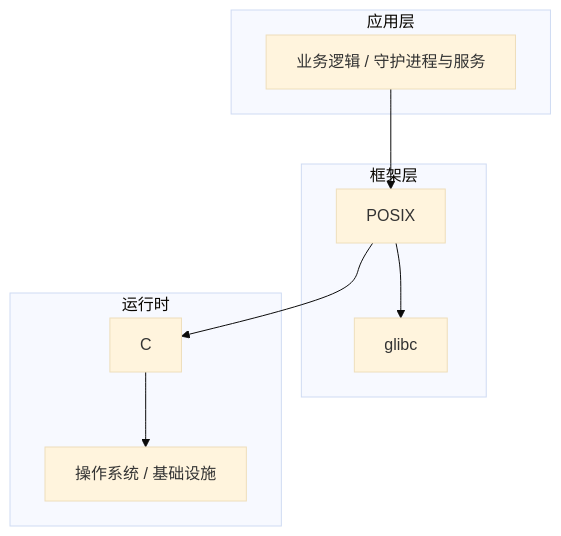
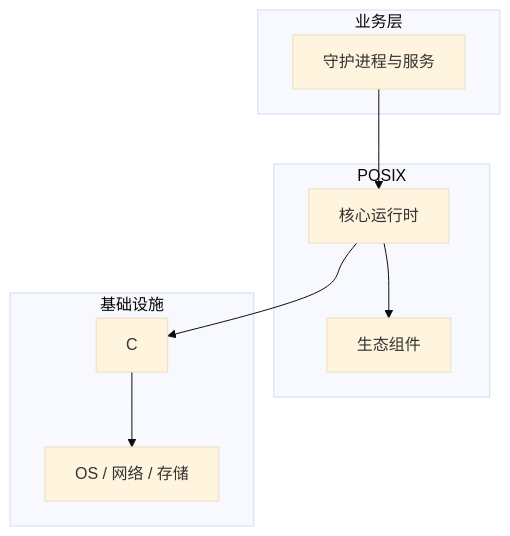
Before and after one commit to yanggan2015/knowledge-json-v2: the diagram in articles/Linux系统编程/chapters/109-守护进程与服务核心概念与原理.md, drawn with Mermaid (base theme). The commit also changed other lines of this file and 10127 other files, not shown here.

````diff
--- a/articles/Linux系统编程/chapters/109-守护进程与服务核心概念与原理.md
+++ b/articles/Linux系统编程/chapters/109-守护进程与服务核心概念与原理.md
@@ -45,18 +34,18 @@
 ```mermaid
 graph TB
-    subgraph 应用层
-        A[业务逻辑 / 守护进程与服务]
+    subgraph 业务层
+        A[守护进程与服务]
     end
-    subgraph 框架层
-        B[POSIX]
-        C[glibc]
+    subgraph POSIX
+        B[核心运行时]
+        C[生态组件]
     end
-    subgraph 运行时
+    subgraph 基础设施
         D[C]
-        E[操作系统 / 基础设施]
+        E[OS / 网络 / 存储]
     end
     A --> B
     B --> C
     B --> D
     D --> E
 ```
````
